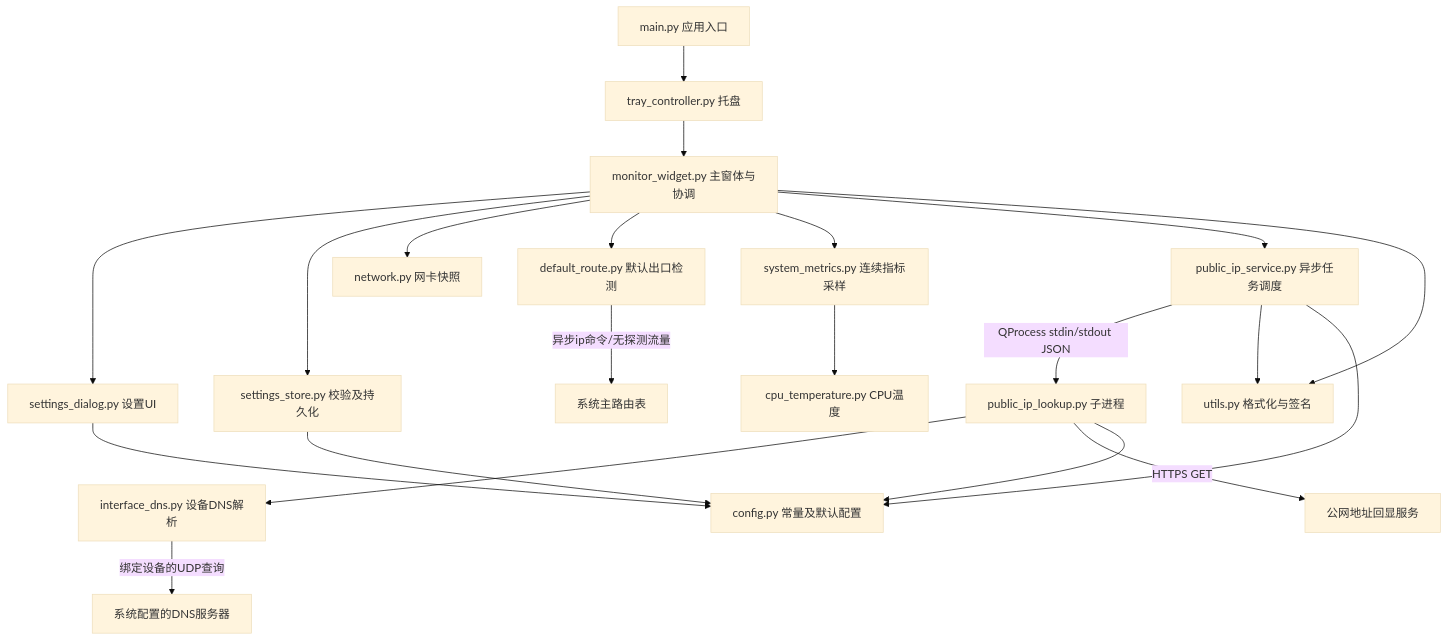
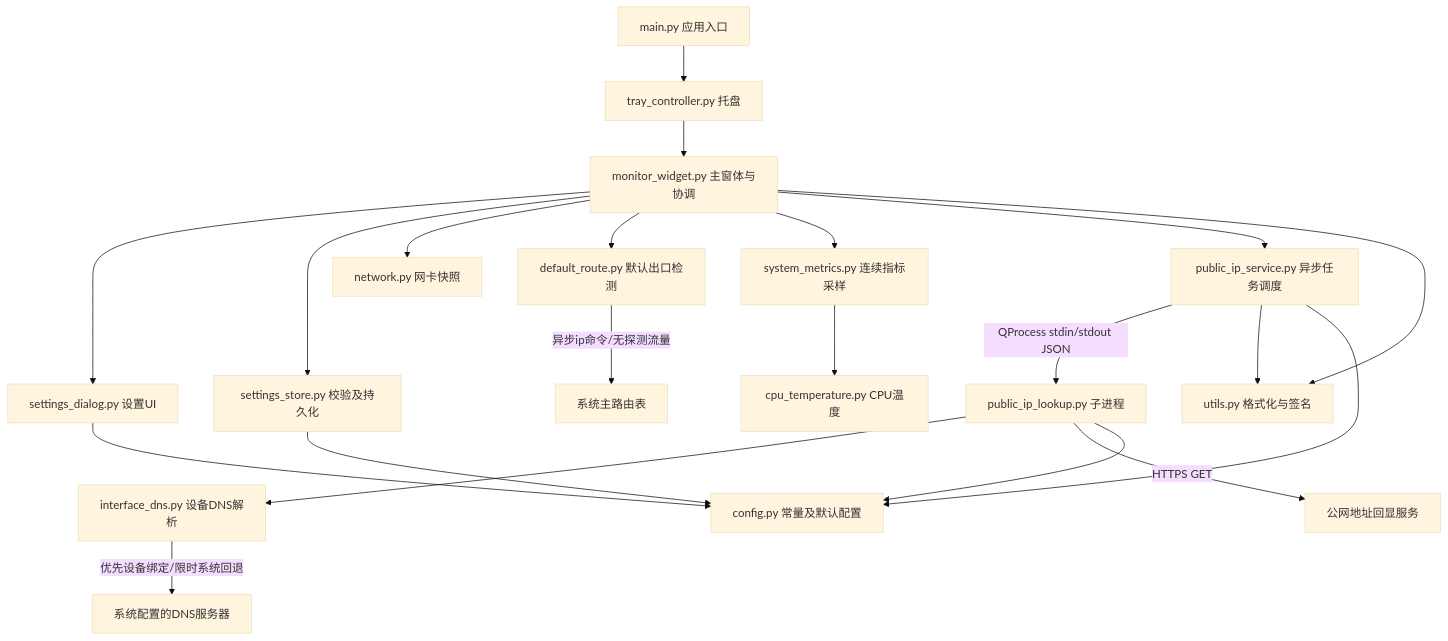
The first of 5 diagrams in docs/SOFTWARE_INTERFACE.md (acbiong/ip_monitor_widget), drawn with Mermaid (base theme) before and after one commit. The commit also changed other lines of this file and 12 other files, not shown here.

````diff
--- a/docs/SOFTWARE_INTERFACE.md
+++ b/docs/SOFTWARE_INTERFACE.md
@@ -61,23 +61,23 @@
 ```mermaid
 flowchart TD
     Main[main.py 应用入口] --> Tray[tray_controller.py 托盘]
     Tray --> View[monitor_widget.py 主窗体与协调]
     View --> Dialog[settings_dialog.py 设置UI]
     View --> Store[settings_store.py 校验及持久化]
     View --> Net[network.py 网卡快照]
     View --> Route[default_route.py 默认出口检测]
     Route -->|异步ip命令/无探测流量| Table[系统主路由表]
     View --> Metrics[system_metrics.py 连续指标采样]
     Metrics --> Temp[cpu_temperature.py CPU温度]
     View --> Service[public_ip_service.py 异步任务调度]
     Service -->|QProcess stdin/stdout JSON| Child[public_ip_lookup.py 子进程]
     Child --> Resolver[interface_dns.py 设备DNS解析]
-    Resolver -->|绑定设备的UDP查询| DNS[系统配置的DNS服务器]
+    Resolver -->|优先设备绑定/限时系统回退| DNS[系统配置的DNS服务器]
     Child -->|HTTPS GET| Remote[公网地址回显服务]
     View --> Utils[utils.py 格式化与签名]
     Service --> Utils
     Store --> Config[config.py 常量及默认配置]
     Service --> Config
     Child --> Config
     Dialog --> Config
 ```
````
